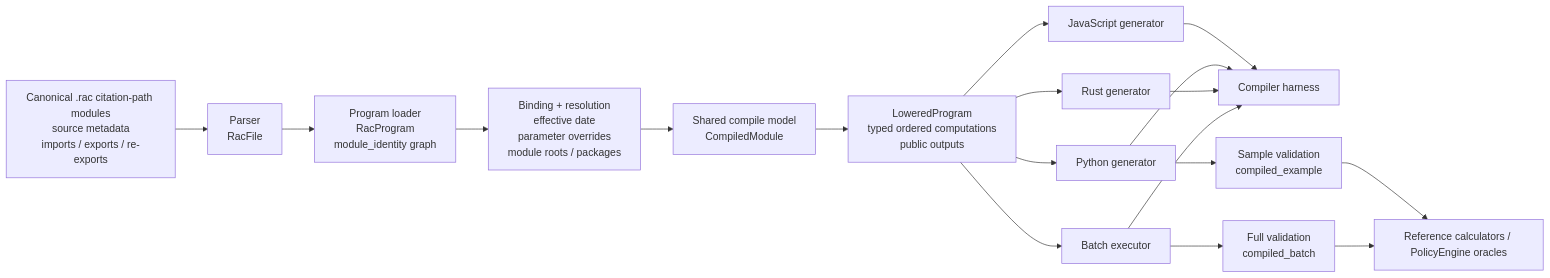
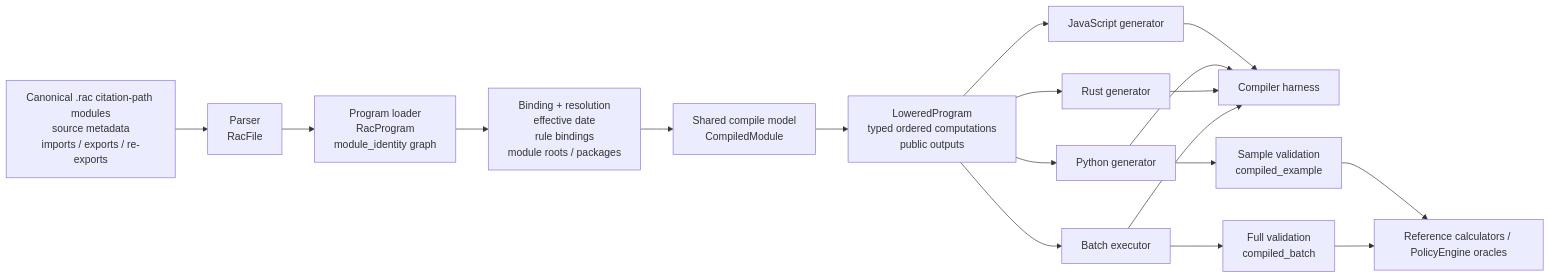
One commit to TheAxiomFoundation/rac-compile changed the diagram in docs/compiler-architecture.md. Above: the diagram before and after it, drawn with Mermaid. The commit also changed 4 other files, not shown here.

Commit message:
Tighten rule-binding docs

````diff
--- a/docs/compiler-architecture.md
+++ b/docs/compiler-architecture.md
@@ -16,23 +16,23 @@
 ```mermaid
 flowchart LR
     A["Canonical .rac citation-path modules<br/>source metadata<br/>imports / exports / re-exports"] --> B["Parser<br/>RacFile"]
     B --> C["Program loader<br/>RacProgram<br/>module_identity graph"]
-    C --> D["Binding + resolution<br/>effective date<br/>parameter overrides<br/>module roots / packages"]
+    C --> D["Binding + resolution<br/>effective date<br/>rule bindings<br/>module roots / packages"]
     D --> E["Shared compile model<br/>CompiledModule"]
     E --> F["LoweredProgram<br/>typed ordered computations<br/>public outputs"]
 
     F --> G["JavaScript generator"]
     F --> H["Python generator"]
     F --> I["Rust generator"]
     F --> J["Batch executor"]
 
     G --> K["Compiler harness"]
     H --> K
     I --> K
     J --> K
 
     H --> L["Sample validation<br/>compiled_example"]
     J --> M["Full validation<br/>compiled_batch"]
     L --> N["Reference calculators / PolicyEngine oracles"]
     M --> N
 ```
````
